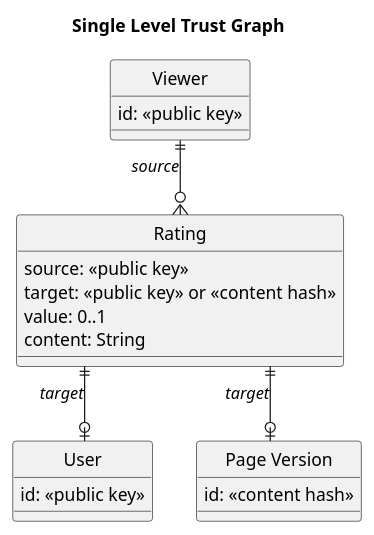
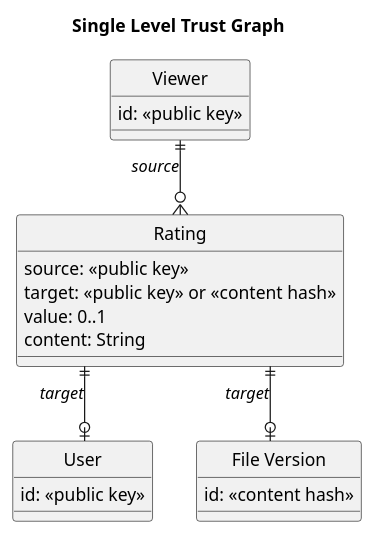
One commit to wikinodes-net/wikinodes changed the second of 3 diagrams in README.md. Above: the diagram before and after it, drawn with PlantUML. The commit also changed other lines of this file, not shown here.

````diff
--- a/README.md
+++ b/README.md
@@ -139,30 +157,30 @@
 ```plantuml
 title Single Level Trust Graph
 
 hide circle
 skinparam linetype ortho
 
 entity Viewer {
     id: <<public key>>
 }
 
 entity User {
     id: <<public key>>
 }
 
 entity Rating {
     source: <<public key>>
     target: <<public key>> or <<content hash>>
     value: 0..1
     content: String
 }
 
-entity "Page Version" {
+entity "File Version" {
     id: <<content hash>>
 }
 
 
 Viewer ||--o{ Rating: //source//
-Rating ||--o| "Page Version": //target//
+Rating ||--o| "File Version": //target//
 Rating ||--o| User: //target//
 ```
````
